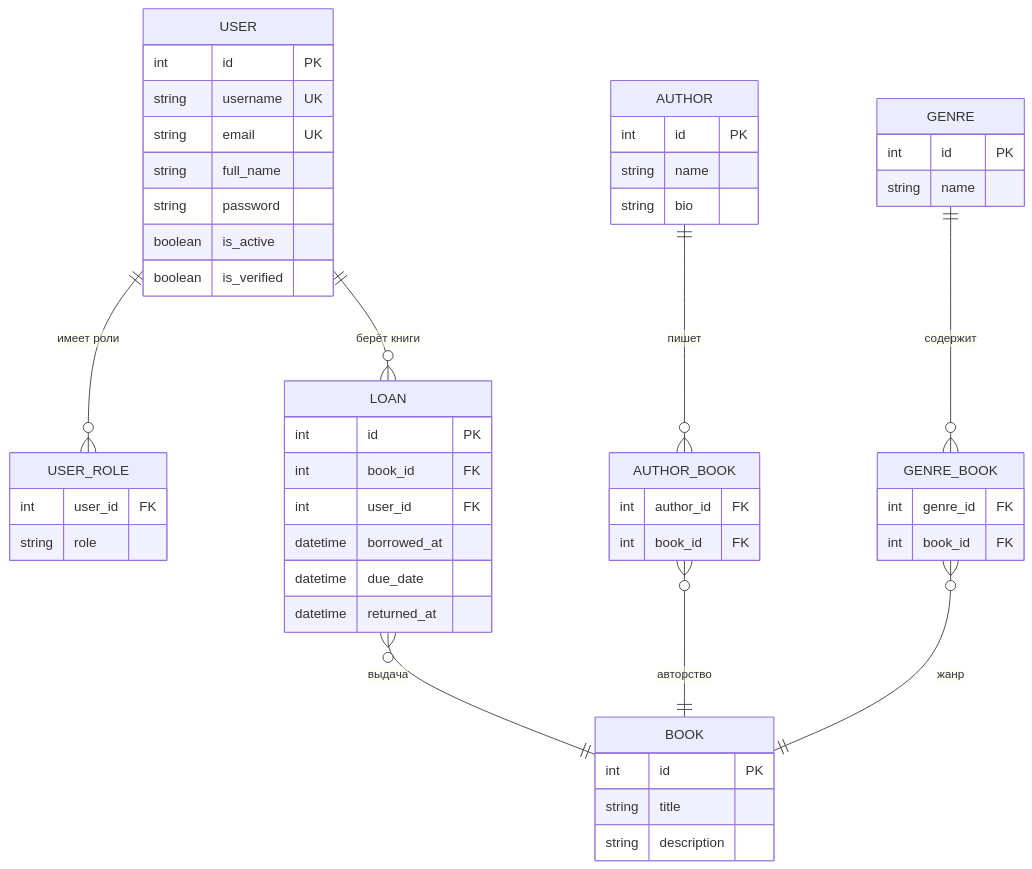
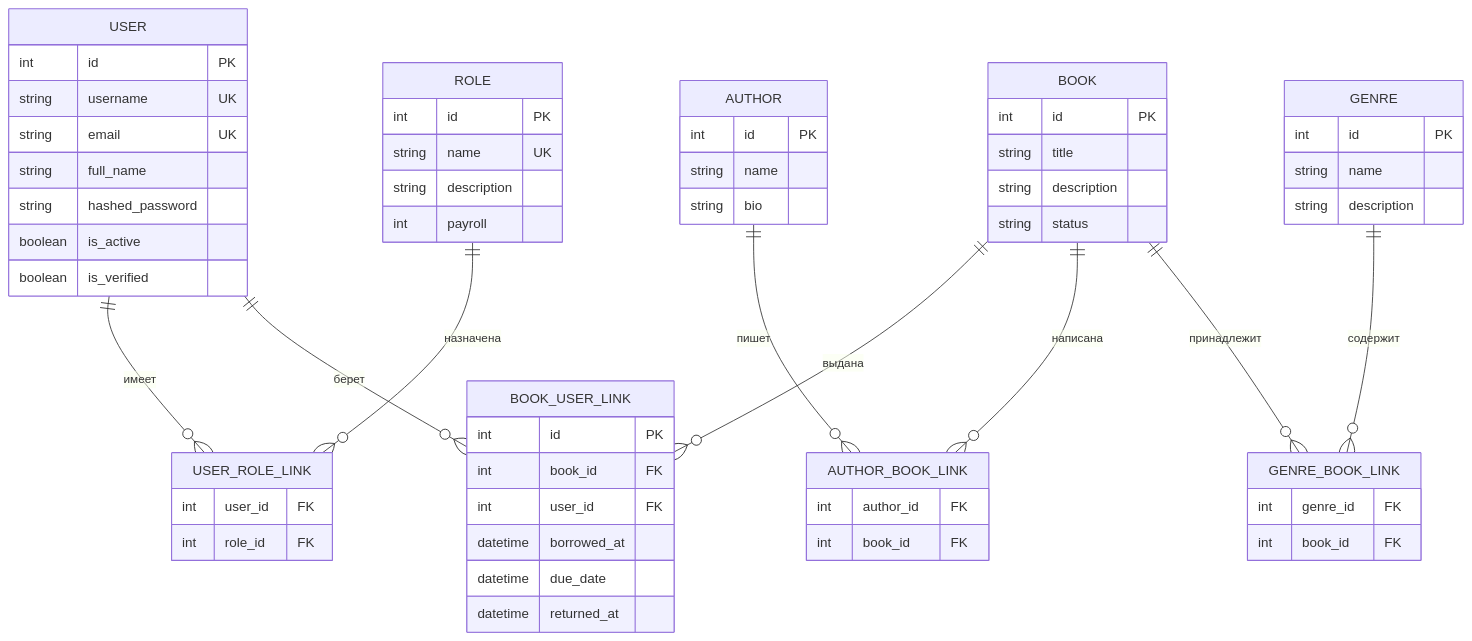
One commit to wowlikon/LibraryAPI changed the diagram in README.md. Above: the diagram before and after it, drawn with Mermaid. The commit also changed other lines of this file and 20 other files, not shown here.

````diff
--- a/README.md
+++ b/README.md
@@ -106,63 +172,71 @@
 ```mermaid
 erDiagram
     USER {
         int id PK
         string username UK
         string email UK
         string full_name
-        string password
+        string hashed_password
         boolean is_active
         boolean is_verified
     }
 
-    USER_ROLE {
-        int user_id FK
-        string role
+    ROLE {
+        int id PK
+        string name UK
+        string description
+        int payroll
     }
 
-    LOAN {
-        int id PK
-        int book_id FK
+    USER_ROLE_LINK {
         int user_id FK
-        datetime borrowed_at
-        datetime due_date
-        datetime returned_at
+        int role_id FK
     }
 
     BOOK {
         int id PK
         string title
         string description
+        string status
     }
 
     AUTHOR {
         int id PK
         string name
         string bio
     }
 
     GENRE {
         int id PK
         string name
+        string description
     }
 
-    AUTHOR_BOOK {
+    AUTHOR_BOOK_LINK {
         int author_id FK
         int book_id FK
     }
 
-    GENRE_BOOK {
+    GENRE_BOOK_LINK {
         int genre_id FK
         int book_id FK
     }
 
-    USER ||--o{ USER_ROLE : "имеет роли"
-    USER ||--o{ LOAN : "берёт книги"
-    LOAN }o--|| BOOK : "выдача"
+    BOOK_USER_LINK {
+        int id PK
+        int book_id FK
+        int user_id FK
+        datetime borrowed_at
+        datetime due_date
+        datetime returned_at
+    }
 
-    AUTHOR ||--o{ AUTHOR_BOOK : "пишет"
-    AUTHOR_BOOK }o--|| BOOK : "авторство"
-
-    GENRE ||--o{ GENRE_BOOK : "содержит"
-    GENRE_BOOK }o--|| BOOK : "жанр"
+    USER ||--o{ USER_ROLE_LINK : "имеет"
+    ROLE ||--o{ USER_ROLE_LINK : "назначена"
+    USER ||--o{ BOOK_USER_LINK : "берет"
+    BOOK ||--o{ BOOK_USER_LINK : "выдана"
+    AUTHOR ||--o{ AUTHOR_BOOK_LINK : "пишет"
+    BOOK ||--o{ AUTHOR_BOOK_LINK : "написана"
+    GENRE ||--o{ GENRE_BOOK_LINK : "содержит"
+    BOOK ||--o{ GENRE_BOOK_LINK : "принадлежит"
 ```
````
